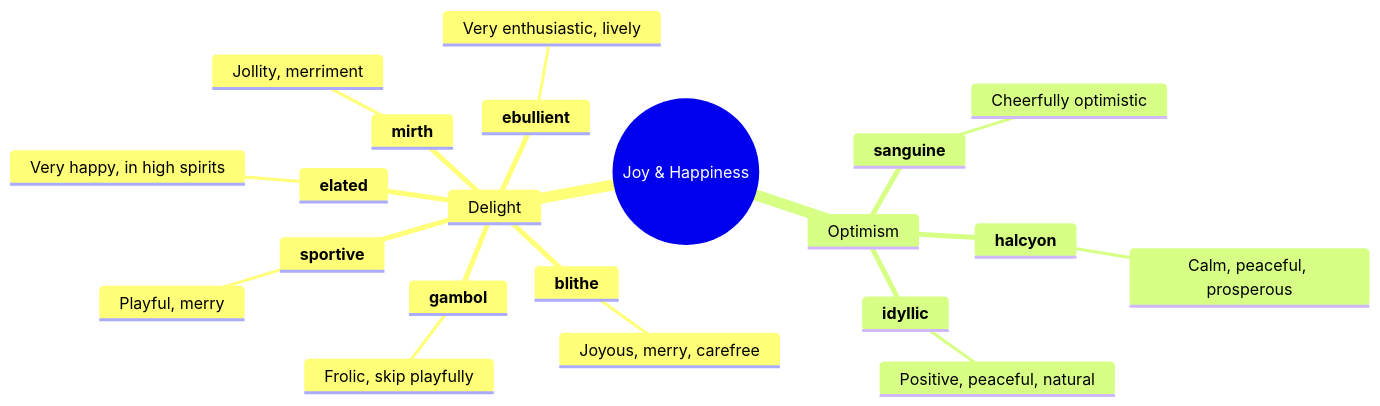
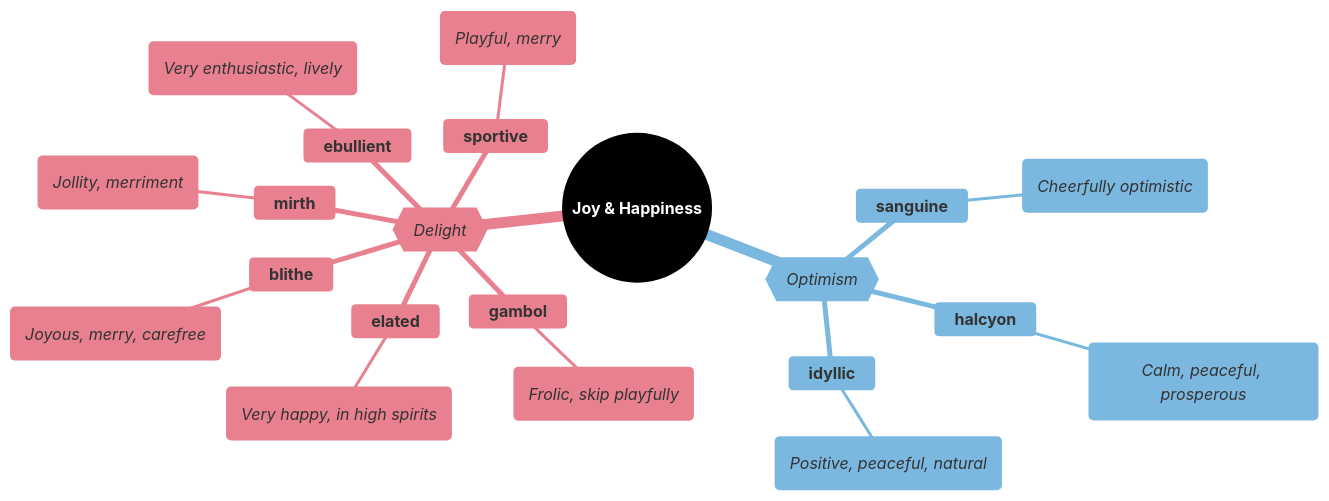
The second of 9 diagrams in mindmaps/07-emotion-and-feeling.md (95anantsingh/gre-preparation), drawn with Mermaid before and after one commit. The commit also changed other lines of this file and 14 other files, not shown here.

````diff
--- a/mindmaps/07-emotion-and-feeling.md
+++ b/mindmaps/07-emotion-and-feeling.md
@@ -94,24 +113,43 @@
 ```mermaid
+%%{
+  init: {
+    "theme": "base",
+    "themeVariables": {
+      "primaryColor": "#000000",
+      "cScale1": "#e8808f",  "cScaleInv1": "#a33445",
+      "cScale2": "#7bb8e0",  "cScaleInv2": "#266a93",
+      "cScale3": "#6db993",  "cScaleInv3": "#23543f",
+      "cScale4": "#f5d07a",  "cScaleInv4": "#c4903b",
+      "cScale5": "#b08fcc",  "cScaleInv5": "#5d3b75",
+      "cScale6": "#74dace",  "cScaleInv6": "#217d72",
+      "cScale7": "#f09570",  "cScaleInv7": "#b84112",
+      "cScale8": "#8ea8c2",  "cScaleInv8": "#32465e",
+      "cScale9": "#cc7fba",  "cScaleInv9": "#7d2868",
+      "cScale10": "#c99a78", "cScaleInv10": "#7c4e32",
+      "cScale11": "#a3a3a3", "cScaleInv11": "#3d3d3d"
+    }
+  }
+}%%
 mindmap
-  root((Joy & Happiness))
-    Delight
+  root((<font color=white>**Joy & Happiness**</font>))
+    {{_Delight_}}
       **elated**
-        Very happy, in high spirits
+        (_Very happy, in high spirits_)
       **blithe**
-        Joyous, merry, carefree
+        (_Joyous, merry, carefree_)
       **ebullient**
-        Very enthusiastic, lively
+        (_Very enthusiastic, lively_)
       **mirth**
-        Jollity, merriment
+        (_Jollity, merriment_)
       **gambol**
-        Frolic, skip playfully
+        (_Frolic, skip playfully_)
       **sportive**
-        Playful, merry
-    Optimism
+        (_Playful, merry_)
+    {{_Optimism_}}
       **sanguine**
-        Cheerfully optimistic
+        (_Cheerfully optimistic_)
       **halcyon**
-        Calm, peaceful, prosperous
+        (_Calm, peaceful, prosperous_)
       **idyllic**
-        Positive, peaceful, natural
+        (_Positive, peaceful, natural_)
 ```
````
